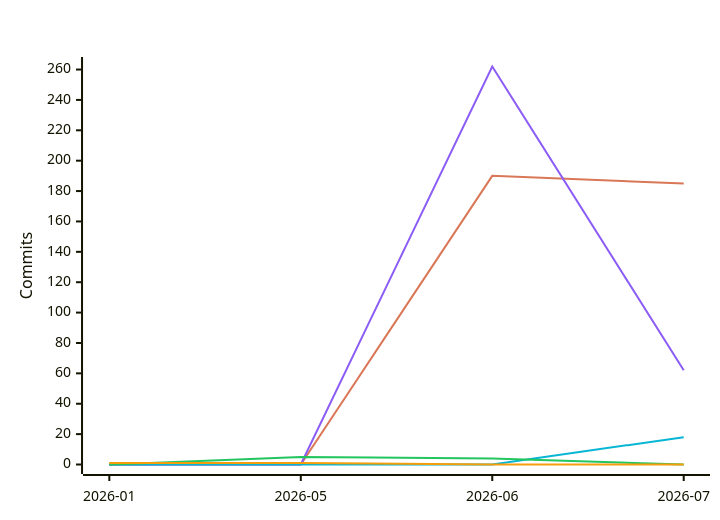
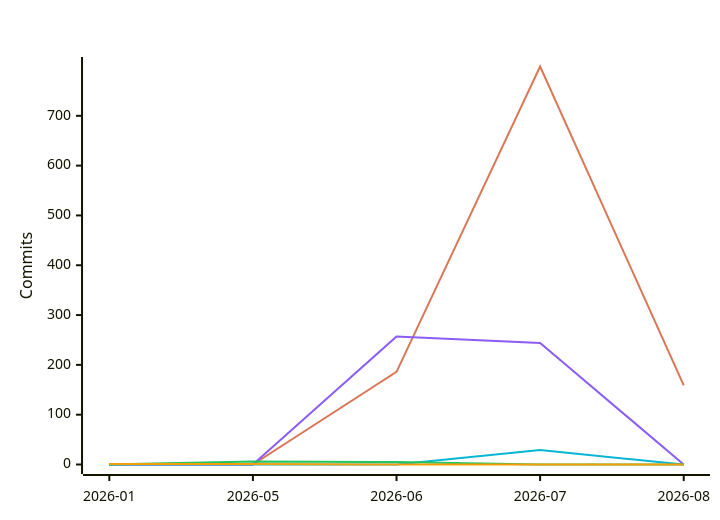
The fifth of 7 diagrams in README.md (polo-nyan/polo-nyan), drawn with Mermaid before and after one commit. The commit also changed other lines of this file and 1 other file, not shown here.

````diff
--- a/README.md
+++ b/README.md
@@ -313,12 +313,12 @@
 ```mermaid
 %%{init: {"xyChart": {"titleColor": "#ffffff", "xAxisLabelColor": "#ffffff", "yAxisLabelColor": "#ffffff"}, "themeVariables": {"xyChart": {"titleColor": "#ffffff", "plotColorPalette": "#d97757, #8b5cf6, #06b6d4, #22c55e, #f59e0b, #ec4899"}}}}%%
 xychart-beta
     title "Commits Per Month by Model Family"
-    x-axis ["2026-01", "2026-05", "2026-06", "2026-07"]
+    x-axis ["2026-01", "2026-05", "2026-06", "2026-07", "2026-08"]
     y-axis "Commits"
-    line [0, 0, 190, 185]
-    line [0, 0, 262, 62]
-    line [0, 0, 0, 18]
-    line [0, 5, 4, 0]
-    line [1, 1, 0, 0]
+    line [0, 0, 186, 799, 159]
+    line [0, 0, 257, 244, 0]
+    line [0, 0, 0, 29, 0]
+    line [0, 6, 5, 0, 0]
+    line [1, 1, 0, 0, 0]
 ```
````
